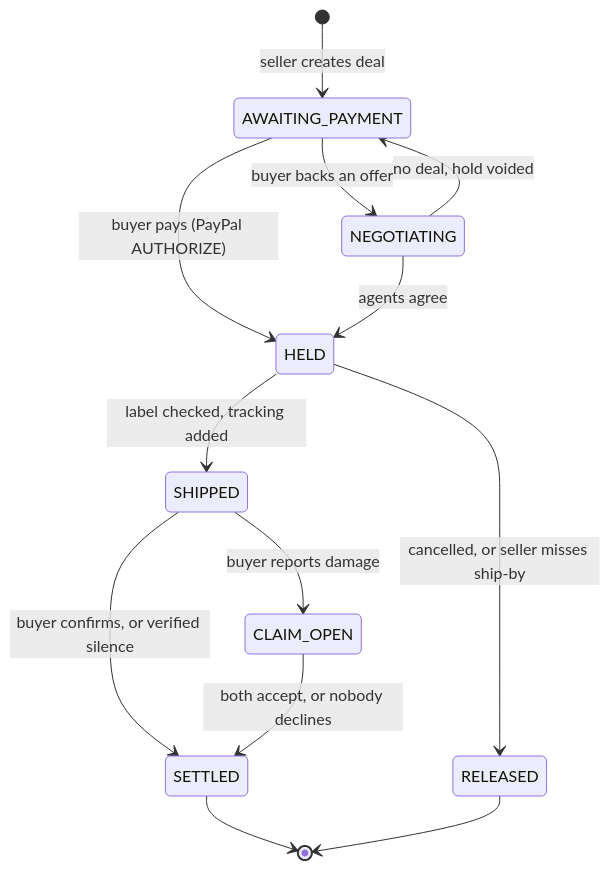
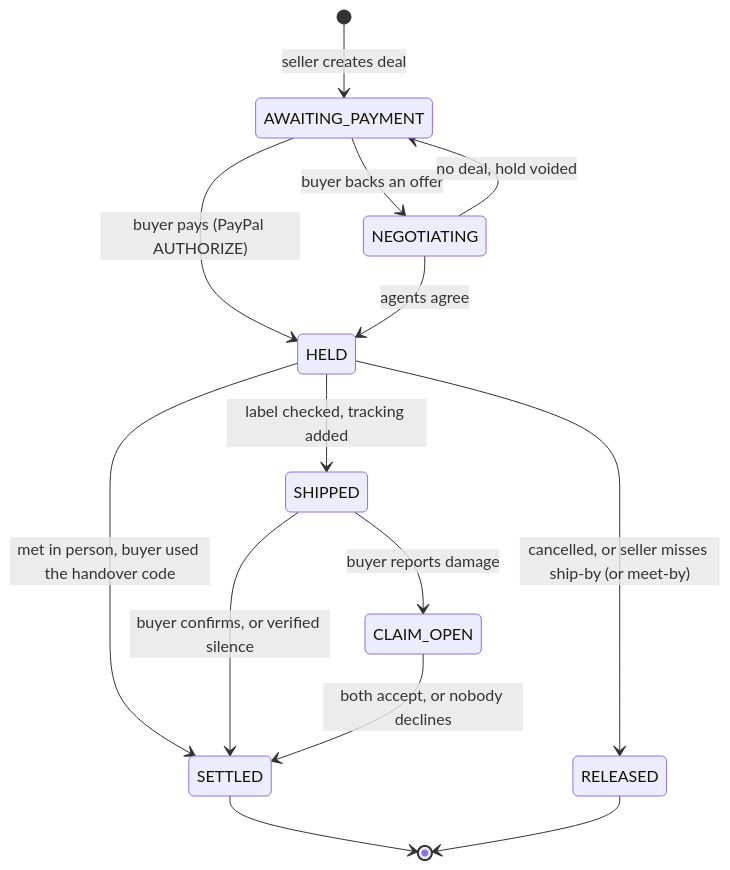
The second of 2 diagrams in docs/ARCHITECTURE.md (Yashasm18/Handshake), drawn with Mermaid before and after one commit. The commit also changed 24 other files, not shown here.

First line of the commit message:
Meet in person: the buyer scans the seller's code, PayPal pays on the spot

````diff
--- a/docs/ARCHITECTURE.md
+++ b/docs/ARCHITECTURE.md
@@ -39,15 +39,16 @@
 ```mermaid
 stateDiagram-v2
     [*] --> AWAITING_PAYMENT: seller creates deal
     AWAITING_PAYMENT --> HELD: buyer pays (PayPal AUTHORIZE)
     AWAITING_PAYMENT --> NEGOTIATING: buyer backs an offer
     NEGOTIATING --> HELD: agents agree
     NEGOTIATING --> AWAITING_PAYMENT: no deal, hold voided
     HELD --> SHIPPED: label checked, tracking added
-    HELD --> RELEASED: cancelled, or seller misses ship-by
+    HELD --> RELEASED: cancelled, or seller misses ship-by (or meet-by)
+    HELD --> SETTLED: met in person, buyer used the handover code
     SHIPPED --> SETTLED: buyer confirms, or verified silence
     SHIPPED --> CLAIM_OPEN: buyer reports damage
     CLAIM_OPEN --> SETTLED: both accept, or nobody declines
     SETTLED --> [*]
     RELEASED --> [*]
 ```
````
